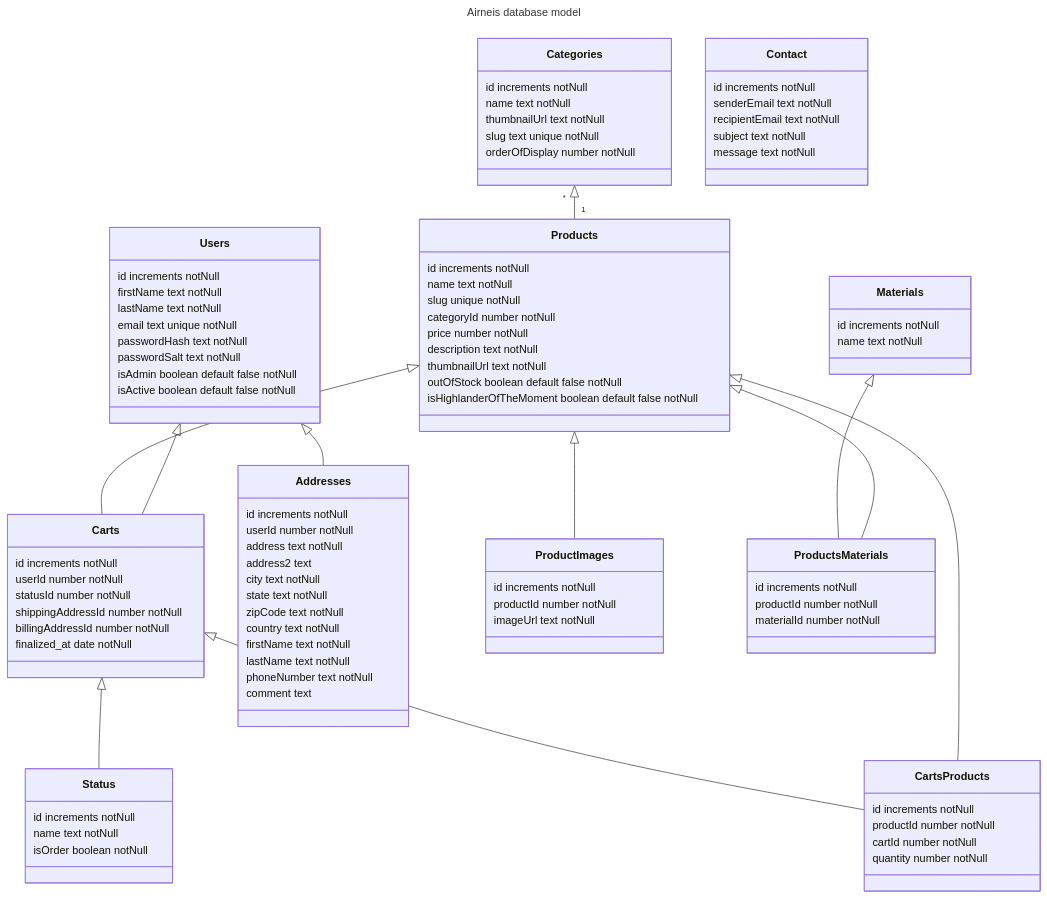
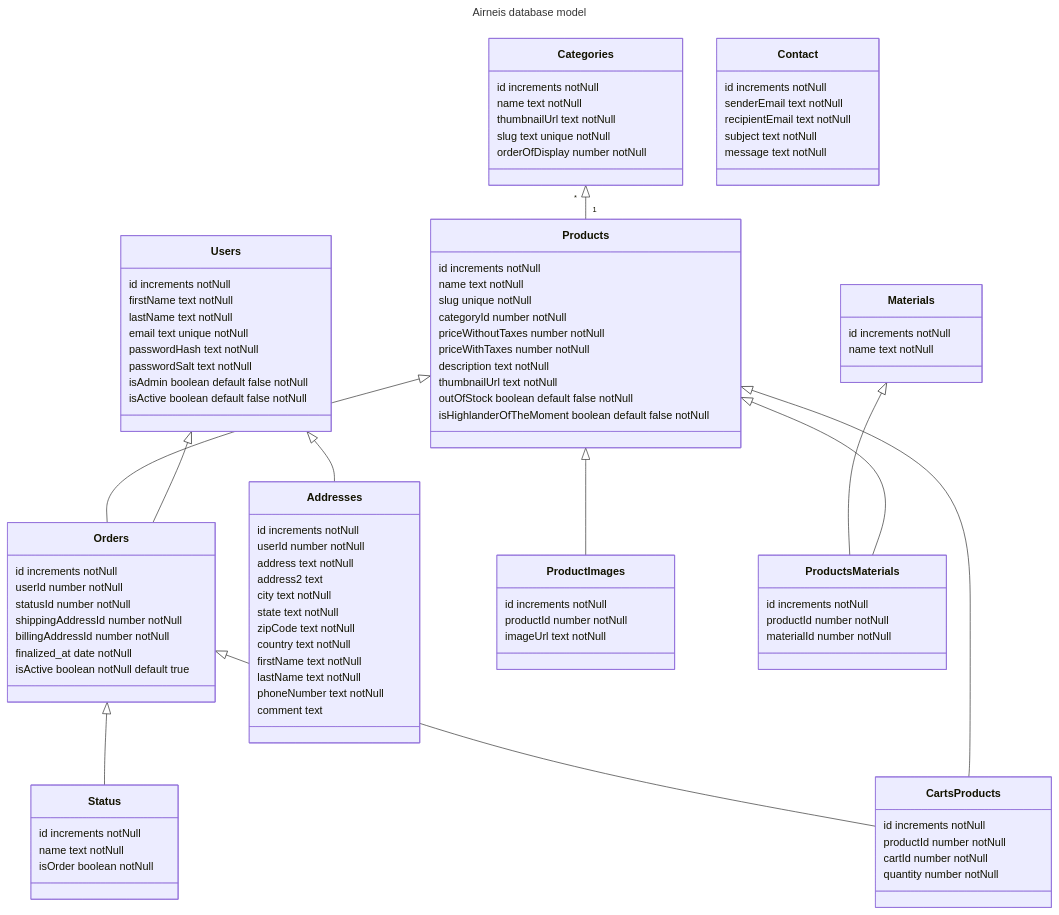
The diagram in docs/database/readme.md (KrispyTech/airneis), drawn with Mermaid before and after one commit. The commit also changed other lines of this file and 9 other files, not shown here.

```diff
--- a/docs/database/readme.md
+++ b/docs/database/readme.md
@@ -8,11 +8,11 @@
 classDiagram
 
 Categories "*" <|-- "1" Products
-Carts <|-- Status
-Products <|-- Carts
+Orders <|-- Status
+Products <|-- Orders
 Users <|-- Addresses
-Users <|-- Carts
-Carts <|-- CartsProducts
+Users <|-- Orders
+Orders <|-- CartsProducts
 Products <|-- CartsProducts
 Products <|-- ProductImages
 Materials <|-- ProductsMaterials
@@ -42,7 +42,8 @@
     name text notNull
     slug unique notNull
     categoryId number notNull
-    price number notNull
+    priceWithoutTaxes number notNull
+    priceWithTaxes number notNull
     description text notNull
     thumbnailUrl text notNull
     outOfStock boolean default false notNull
@@ -81,13 +82,14 @@
     comment text
 }
 
-class Carts {
+class Orders {
     id increments notNull
     userId number notNull
     statusId number notNull
     shippingAddressId number notNull
     billingAddressId number notNull
     finalized_at date notNull
+    isActive boolean notNull default true
 }
 
 class Status {
```
